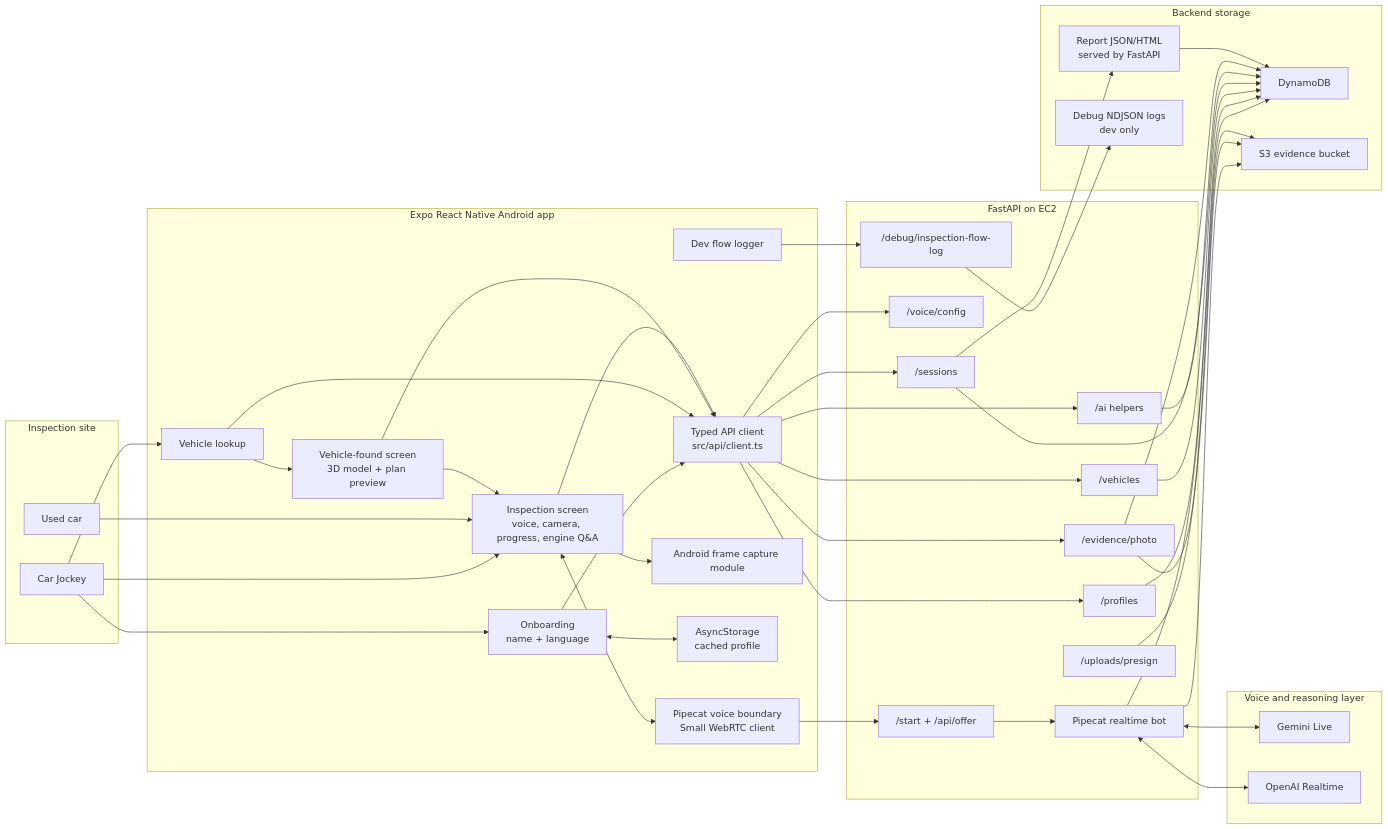
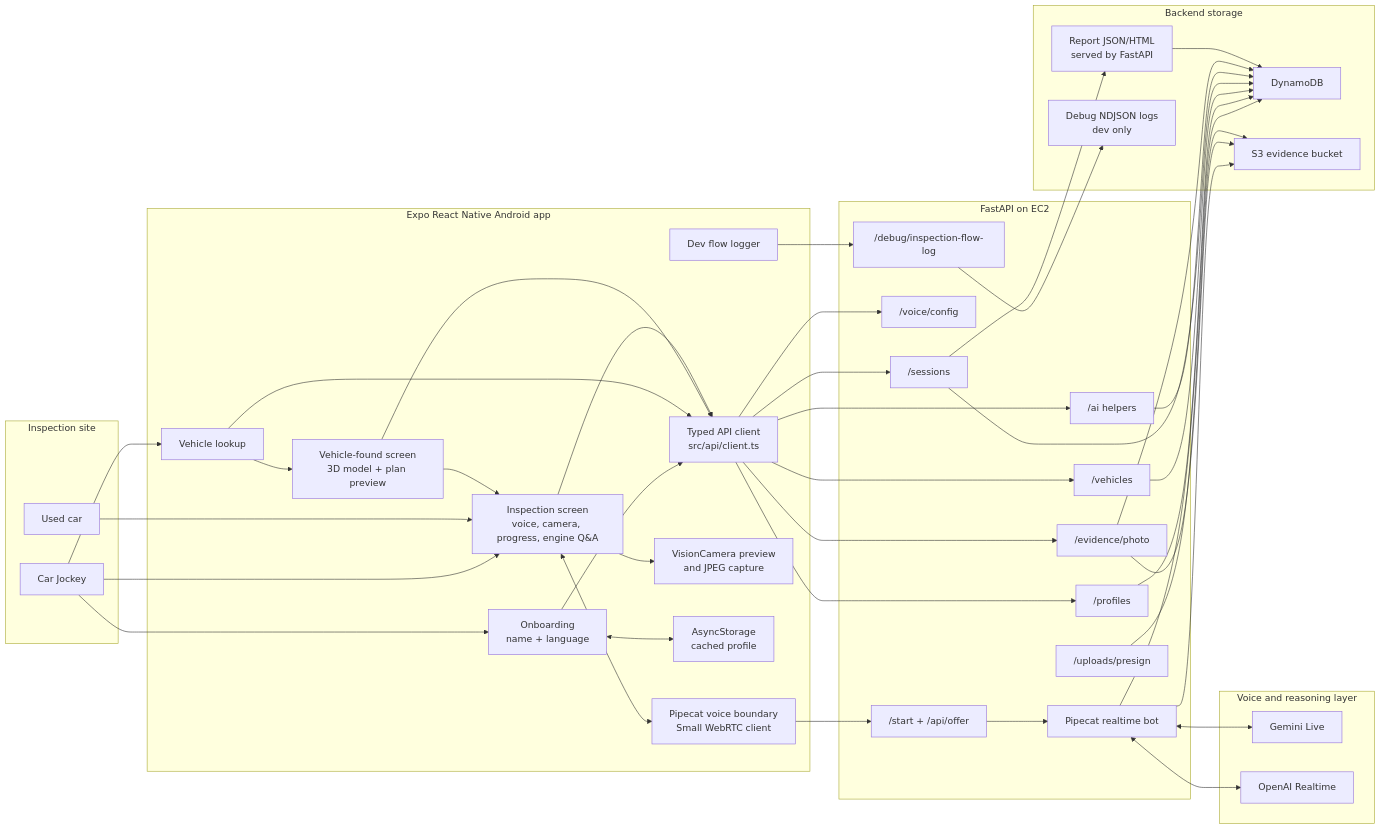
One commit to adityabhattad2021/Inspection-Copilot changed the second of 11 diagrams in ARCHITECTURE.md. Above: the diagram before and after it, drawn with Mermaid. The commit also changed other lines of this file and 32 other files, not shown here.

Commit message:
feat: use react native vision camera

```diff
--- a/ARCHITECTURE.md
+++ b/ARCHITECTURE.md
@@ -56,7 +56,7 @@
     Inspection["Inspection screen<br/>voice, camera, progress, engine Q&A"]
     ApiClient["Typed API client<br/>src/api/client.ts"]
     VoiceBoundary["Pipecat voice boundary<br/>Small WebRTC client"]
-    FrameCapture["Android frame capture module"]
+    VisionCamera["VisionCamera preview<br/>and JPEG capture"]
     Cache["AsyncStorage<br/>cached profile"]
     DebugClient["Dev flow logger"]
   end
@@ -98,7 +98,7 @@
   Found --> ApiClient
   Inspection --> ApiClient
   Inspection <--> VoiceBoundary
-  Inspection --> FrameCapture
+  Inspection --> VisionCamera
   DebugClient --> Debug
 
   ApiClient --> Profiles
```
